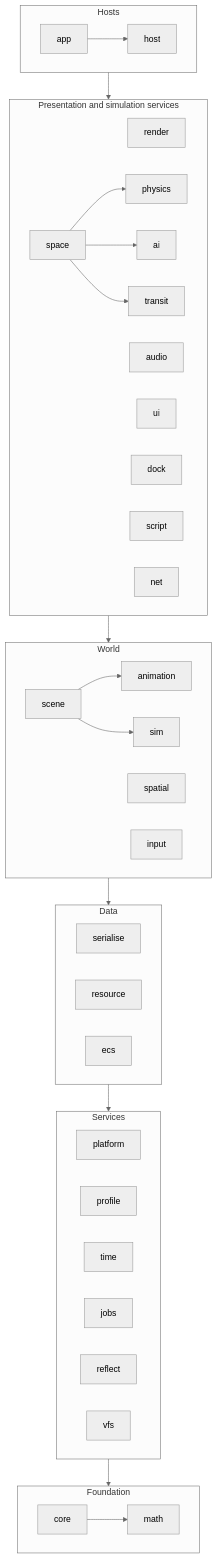
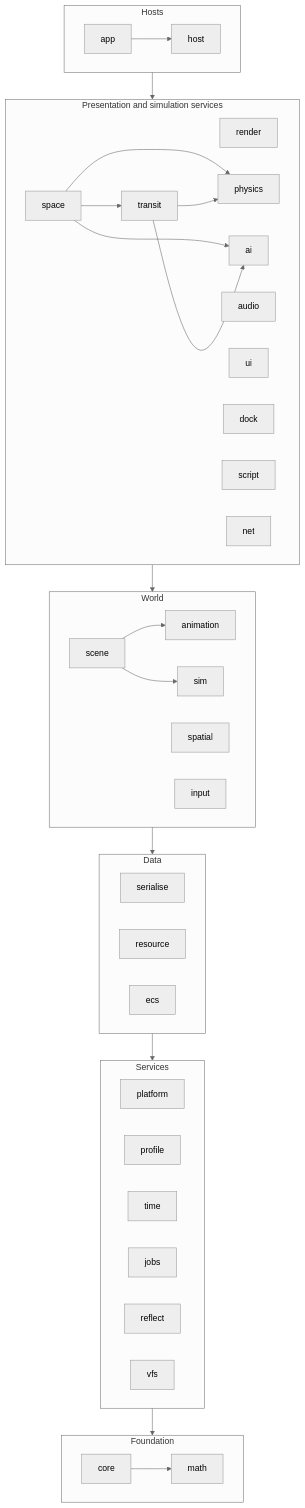
One commit to ivanhawkes/jettison changed the diagram in docs/architecture.md. Above: the diagram before and after it, drawn with Mermaid (neutral theme). The commit also changed other lines of this file and 16 other files, not shown here.

First line of the commit message:
Transit: passages out of physics of no genre, extraction slice 4b

````diff
--- a/docs/architecture.md
+++ b/docs/architecture.md
@@ -136,31 +136,33 @@
 ```mermaid
 flowchart TB
     subgraph T0[Foundation]
         core --> math
     end
     subgraph T1[Services]
         platform; profile; time; jobs; reflect; vfs
     end
     subgraph T2[Data]
         serialise; resource; ecs
     end
     subgraph T3[World]
         scene --> animation
         scene --> sim
         sim; spatial; input
     end
     subgraph T4[Presentation and simulation services]
         render; physics; audio; ui; ai; transit; dock; script; net
         space --> physics
         space --> ai
         space --> transit
+        transit --> physics
+        transit --> ai
     end
     subgraph T5[Hosts]
         app --> host
     end
     T1 --> T0
     T2 --> T1
     T3 --> T2
     T4 --> T3
     T5 --> T4
 ```
````
